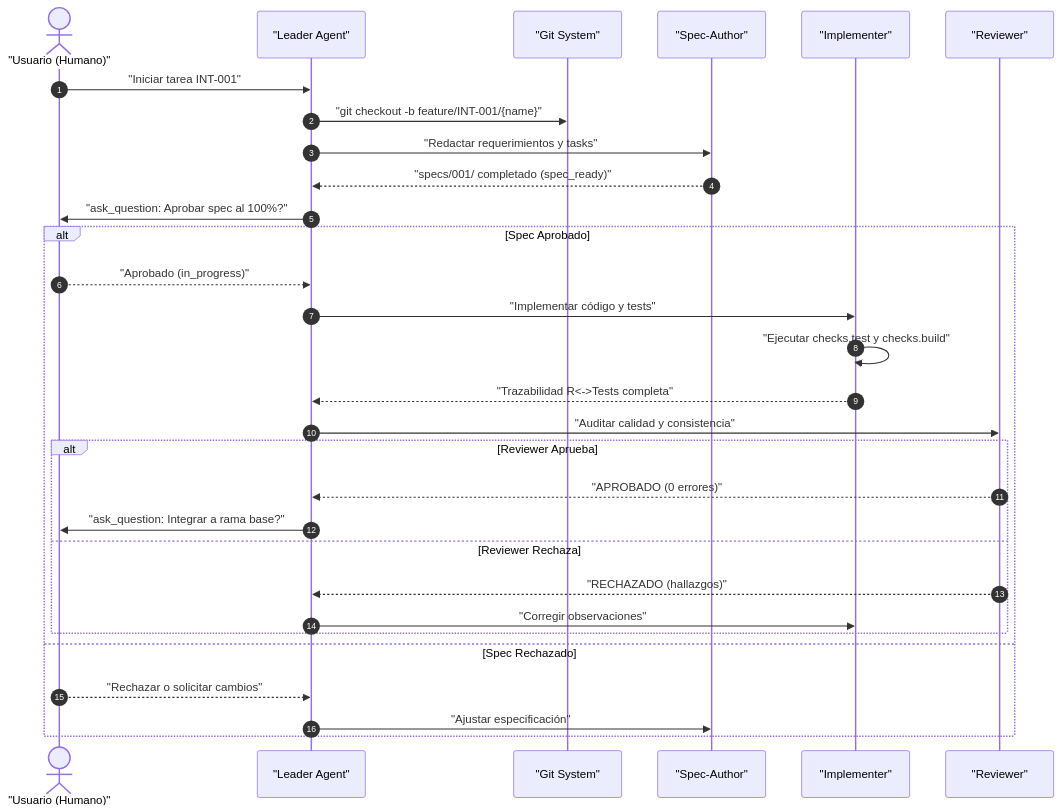
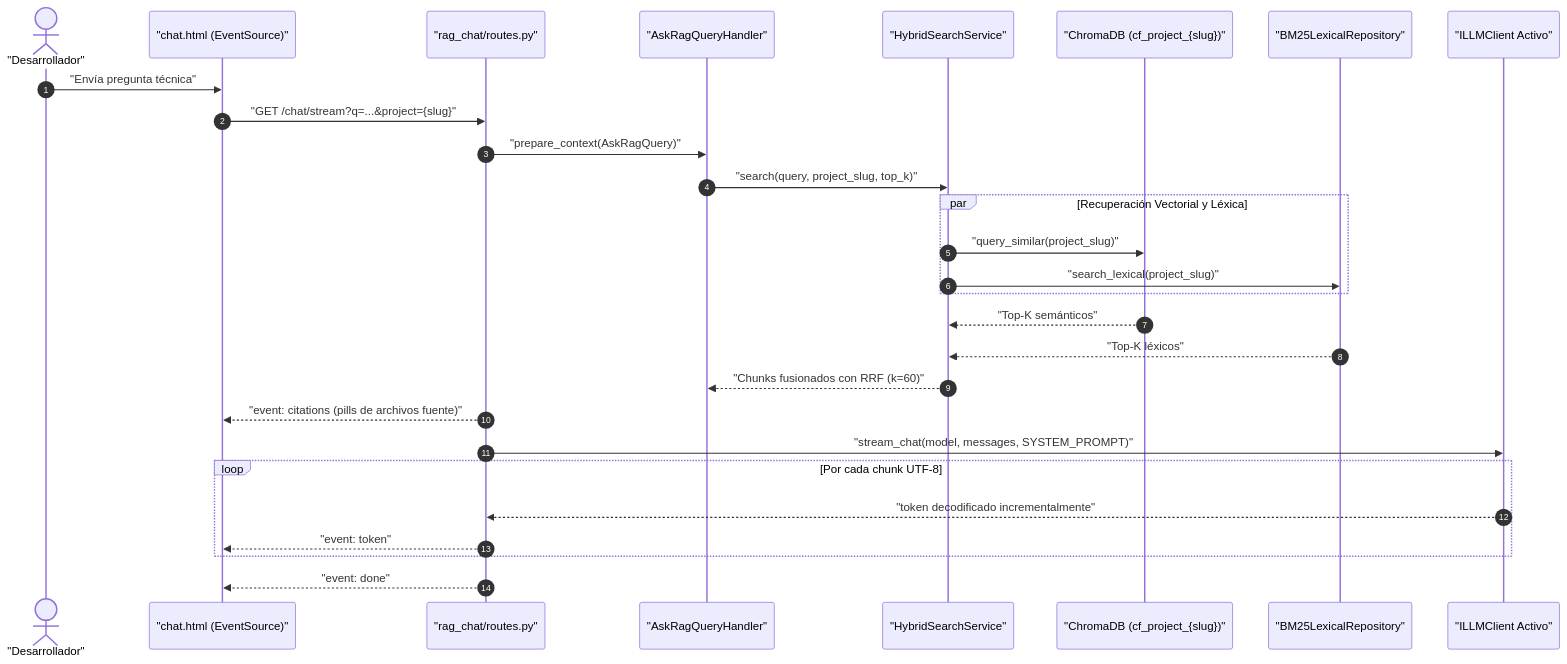
One commit to Nayid4/ContextForge changed the second of 5 diagrams in project-docs/knowledge/uml-diagrams.md. Above: the diagram before and after it, drawn with Mermaid. The commit also changed other lines of this file and 708 other files, not shown here.

````diff
--- a/project-docs/knowledge/uml-diagrams.md
+++ b/project-docs/knowledge/uml-diagrams.md
@@ -88,33 +108,31 @@
 ```mermaid
 sequenceDiagram
   autonumber
-  actor User as "Usuario (Humano)"
-  participant Leader as "Leader Agent"
-  participant Git as "Git System"
-  participant SpecAuthor as "Spec-Author"
-  participant Implementer as "Implementer"
-  participant Reviewer as "Reviewer"
+  actor User as "Desarrollador"
+  participant ChatUI as "chat.html (EventSource)"
+  participant Route as "rag_chat/routes.py"
+  participant Handler as "AskRagQueryHandler"
+  participant Hybrid as "HybridSearchService"
+  participant Chroma as "ChromaDB (cf_project_{slug})"
+  participant BM25 as "BM25LexicalRepository"
+  participant Client as "ILLMClient Activo"
 
-  User->>Leader: "Iniciar tarea INT-001"
-  Leader->>Git: "git checkout -b feature/INT-001/{name}"
-  Leader->>SpecAuthor: "Redactar requerimientos y tasks"
-  SpecAuthor-->>Leader: "specs/001/ completado (spec_ready)"
-  Leader->>User: "ask_question: Aprobar spec al 100%?"
-  alt Spec Aprobado
-    User-->>Leader: "Aprobado (in_progress)"
-    Leader->>Implementer: "Implementar código y tests"
-    Implementer->>Implementer: "Ejecutar checks.test y checks.build"
-    Implementer-->>Leader: "Trazabilidad R<->Tests completa"
-    Leader->>Reviewer: "Auditar calidad y consistencia"
-    alt Reviewer Aprueba
-      Reviewer-->>Leader: "APROBADO (0 errores)"
-      Leader->>User: "ask_question: Integrar a rama base?"
-    else Reviewer Rechaza
-      Reviewer-->>Leader: "RECHAZADO (hallazgos)"
-      Leader->>Implementer: "Corregir observaciones"
-    end
-  else Spec Rechazado
-    User-->>Leader: "Rechazar o solicitar cambios"
-    Leader->>SpecAuthor: "Ajustar especificación"
+  User->>ChatUI: "Envía pregunta técnica"
+  ChatUI->>Route: "GET /chat/stream?q=...&project={slug}"
+  Route->>Handler: "prepare_context(AskRagQuery)"
+  Handler->>Hybrid: "search(query, project_slug, top_k)"
+  par Recuperación Vectorial y Léxica
+    Hybrid->>Chroma: "query_similar(project_slug)"
+    Hybrid->>BM25: "search_lexical(project_slug)"
   end
+  Chroma-->>Hybrid: "Top-K semánticos"
+  BM25-->>Hybrid: "Top-K léxicos"
+  Hybrid-->>Handler: "Chunks fusionados con RRF (k=60)"
+  Route-->>ChatUI: "event: citations (pills de archivos fuente)"
+  Route->>Client: "stream_chat(model, messages, SYSTEM_PROMPT)"
+  loop Por cada chunk UTF-8
+    Client-->>Route: "token decodificado incrementalmente"
+    Route-->>ChatUI: "event: token"
+  end
+  Route-->>ChatUI: "event: done"
 ```
````
